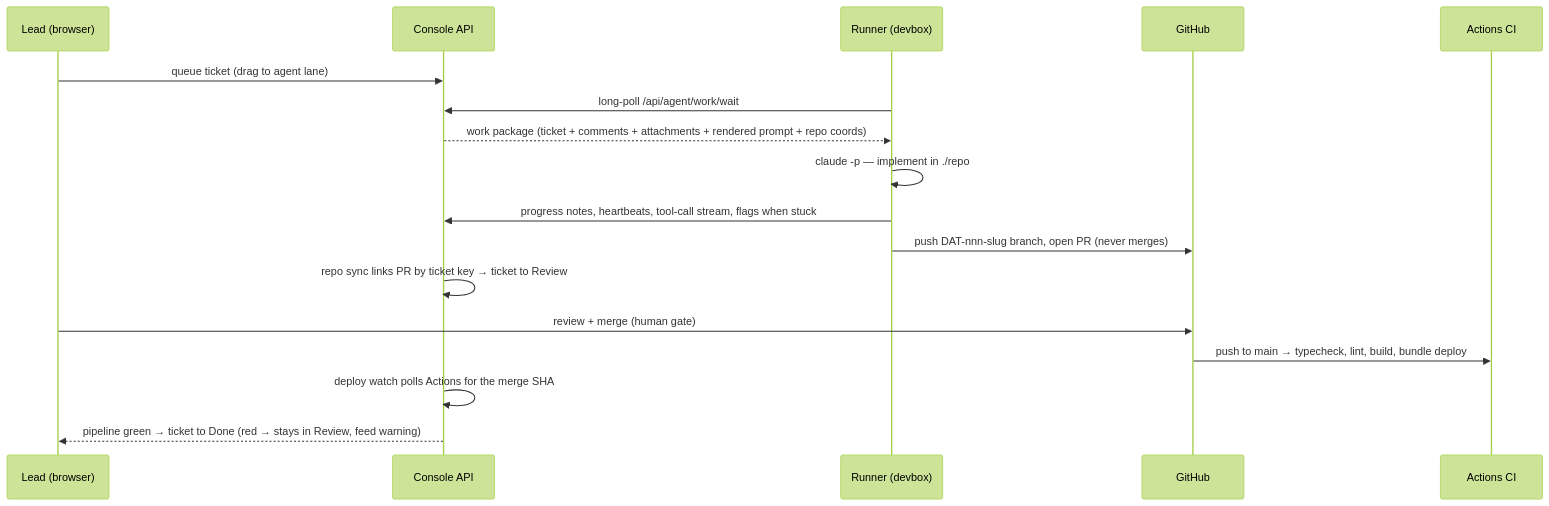
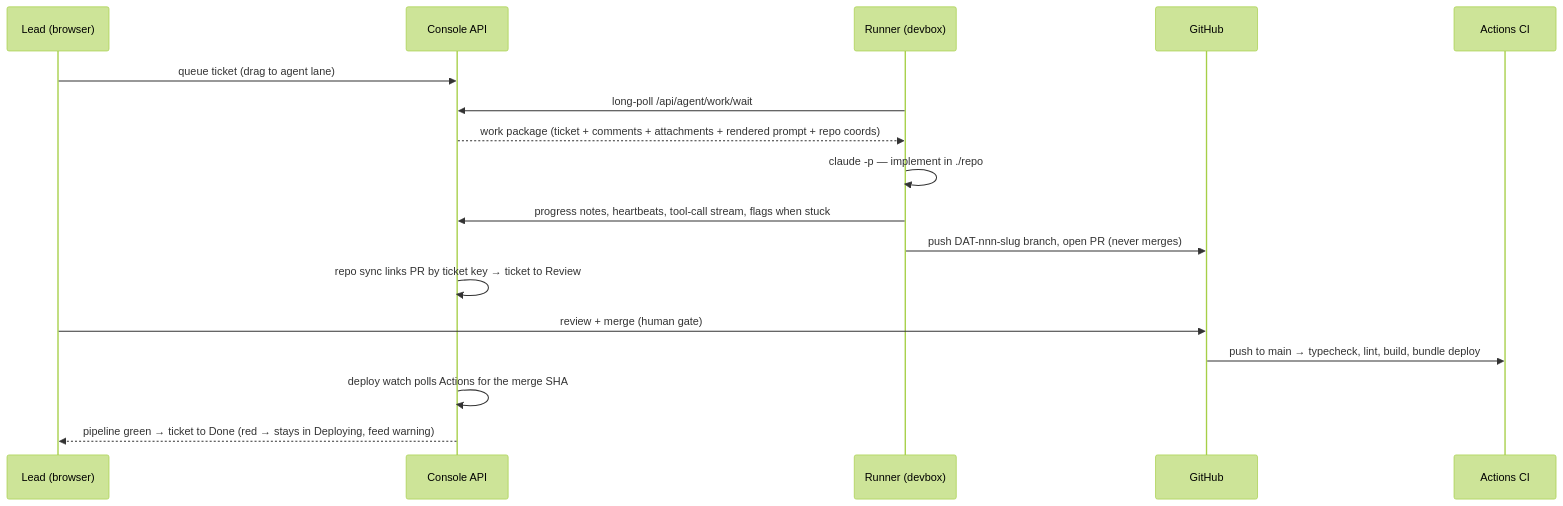
Before and after one commit to nsdallenbach/cometloop: the second of 2 diagrams in docs/architecture.md, drawn with Mermaid (forest theme). The commit also changed other lines of this file and 22 other files, not shown here.

````diff
--- a/docs/architecture.md
+++ b/docs/architecture.md
@@ -108,20 +108,20 @@
 ```mermaid
 sequenceDiagram
     participant L as Lead (browser)
     participant C as Console API
     participant R as Runner (devbox)
     participant G as GitHub
     participant CI as Actions CI
 
     L->>C: queue ticket (drag to agent lane)
     R->>C: long-poll /api/agent/work/wait
     C-->>R: work package (ticket + comments + attachments + rendered prompt + repo coords)
     R->>R: claude -p — implement in ./repo
     R->>C: progress notes, heartbeats, tool-call stream, flags when stuck
     R->>G: push DAT-nnn-slug branch, open PR (never merges)
     C->>C: repo sync links PR by ticket key → ticket to Review
     L->>G: review + merge (human gate)
     G->>CI: push to main → typecheck, lint, build, bundle deploy
     C->>C: deploy watch polls Actions for the merge SHA
-    C-->>L: pipeline green → ticket to Done (red → stays in Review, feed warning)
+    C-->>L: pipeline green → ticket to Done (red → stays in Deploying, feed warning)
 ```
````
